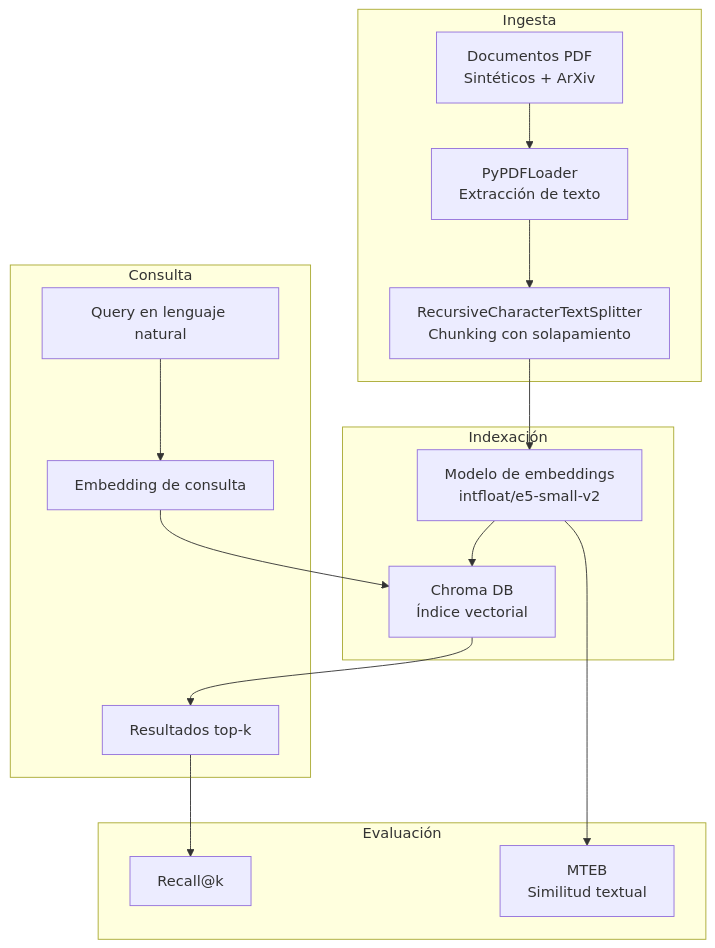
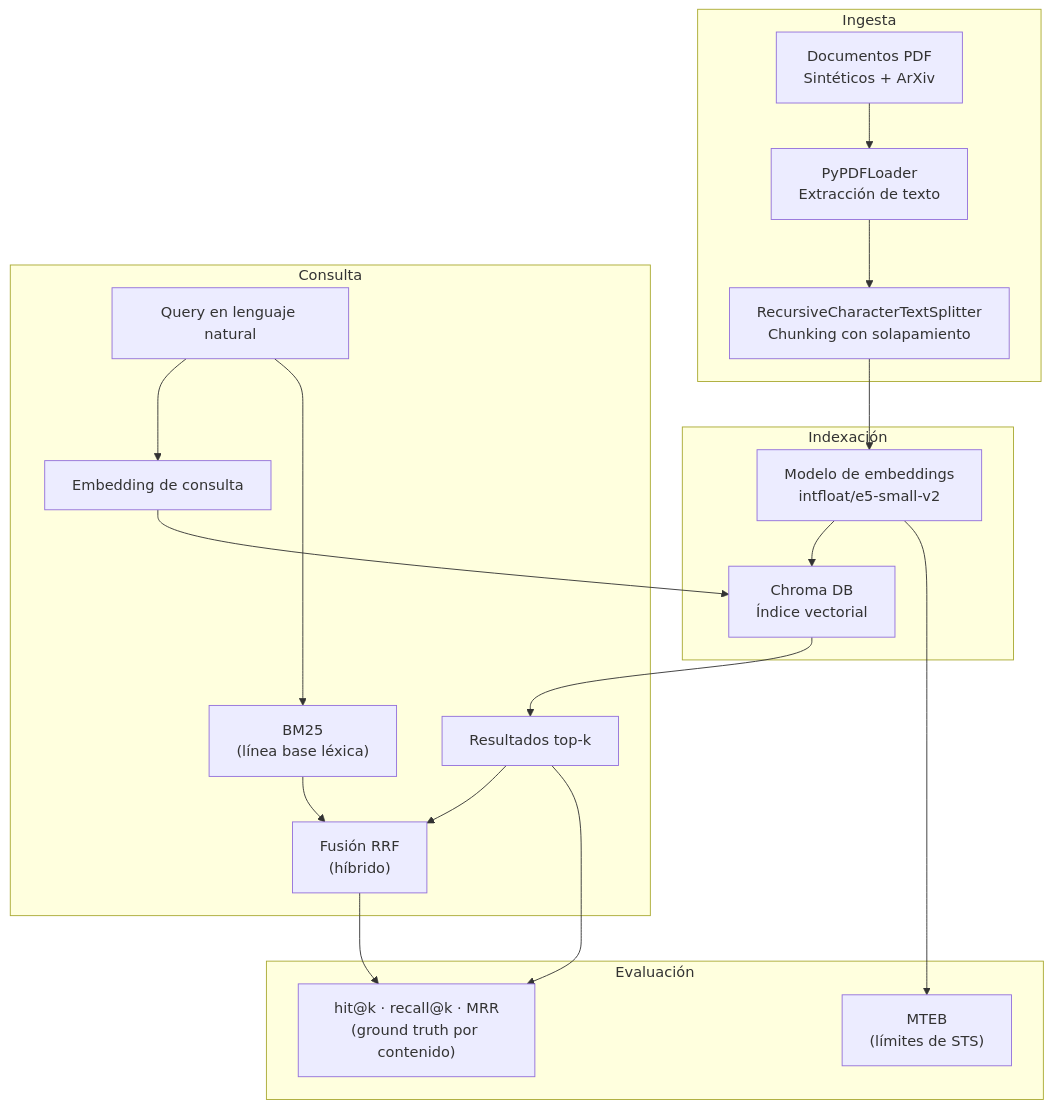
The diagram in bloque1/hpd1-embeddings.qmd (Adamychen/m10_quarto), drawn with Mermaid before and after one commit. The commit also changed other lines of this file and 17 other files, not shown here.

````diff
--- a/bloque1/hpd1-embeddings.qmd
+++ b/bloque1/hpd1-embeddings.qmd
@@ -867,20 +1019,24 @@
 ```{mermaid}
 graph TD
 subgraph "Ingesta"
     A["Documentos PDF<br>Sintéticos + ArXiv"] --> B["PyPDFLoader<br>Extracción de texto"]
     B --> C["RecursiveCharacterTextSplitter<br>Chunking con solapamiento"]
 end
 subgraph "Indexación"
     C --> D["Modelo de embeddings<br>intfloat/e5-small-v2"]
     D --> E["Chroma DB<br>Índice vectorial"]
 end
 subgraph "Consulta"
     F["Query en lenguaje natural"] --> G["Embedding de consulta"]
     G --> E
     E --> H["Resultados top-k"]
+    F --> K["BM25<br>(línea base léxica)"]
+    K --> L["Fusión RRF<br>(híbrido)"]
+    H --> L
 end
 subgraph "Evaluación"
-    H --> I["Recall@k"]
-    D --> J["MTEB<br>Similitud textual"]
+    H --> I["hit@k · recall@k · MRR<br>(ground truth por contenido)"]
+    L --> I
+    D --> J["MTEB<br>(límites de STS)"]
 end
 ```
````
